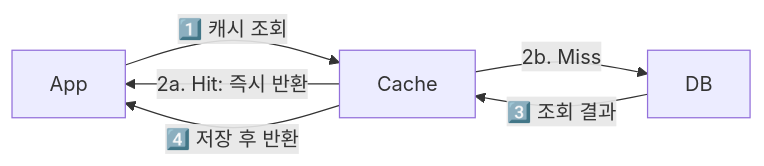
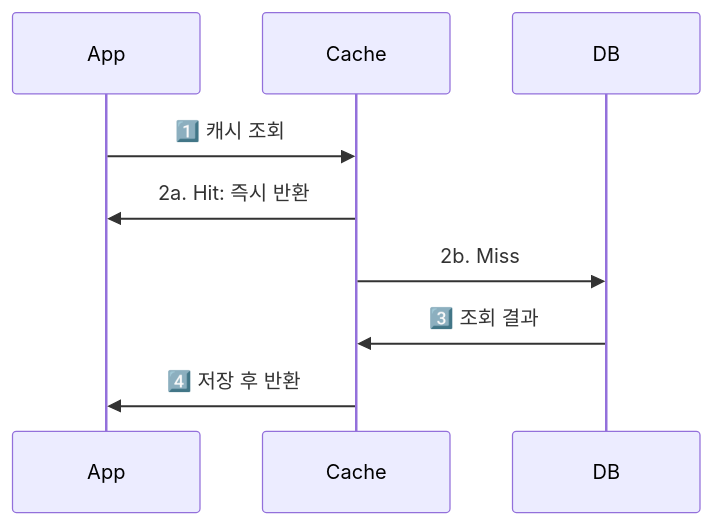
Before and after one commit to yjkim2015/yjkim2015.github.io: the second of 6 diagrams in _posts/caching/2026-05-01-caching-strategy.md, drawn with Mermaid. The commit also changed other lines of this file and 89 other files, not shown here.

First line of the commit message:
복잡한 flowchart 163개 → sequenceDiagram 변환 (90파일)

````diff
--- a/_posts/caching/2026-05-01-caching-strategy.md
+++ b/_posts/caching/2026-05-01-caching-strategy.md
@@ -48,8 +48,8 @@
 ```mermaid
-graph LR
-    App -->|"1️⃣ 캐시 조회"| Cache
-    Cache -->|"2a. Hit: 즉시 반환"| App
-    Cache -->|"2b. Miss"| DB
-    DB -->|"3️⃣ 조회 결과"| Cache
-    Cache -->|"4️⃣ 저장 후 반환"| App
+sequenceDiagram
+    App->>Cache: 1️⃣ 캐시 조회
+    Cache->>App: 2a. Hit: 즉시 반환
+    Cache->>DB: 2b. Miss
+    DB->>Cache: 3️⃣ 조회 결과
+    Cache->>App: 4️⃣ 저장 후 반환
 ```
````
